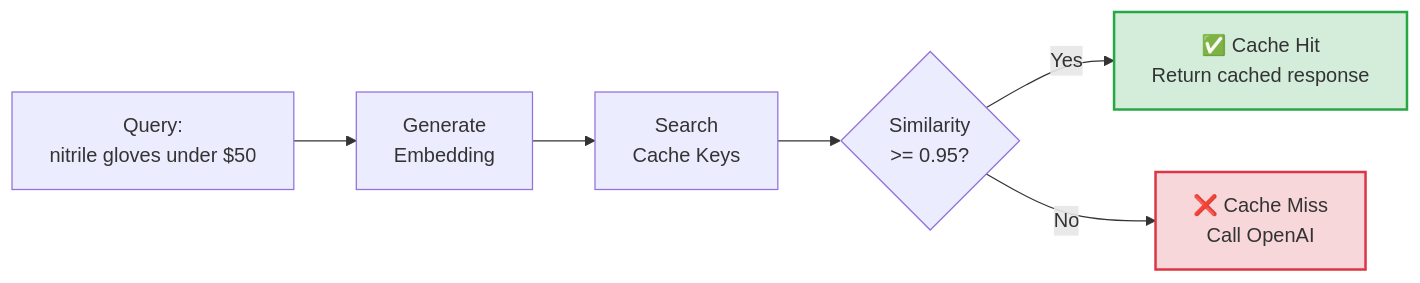
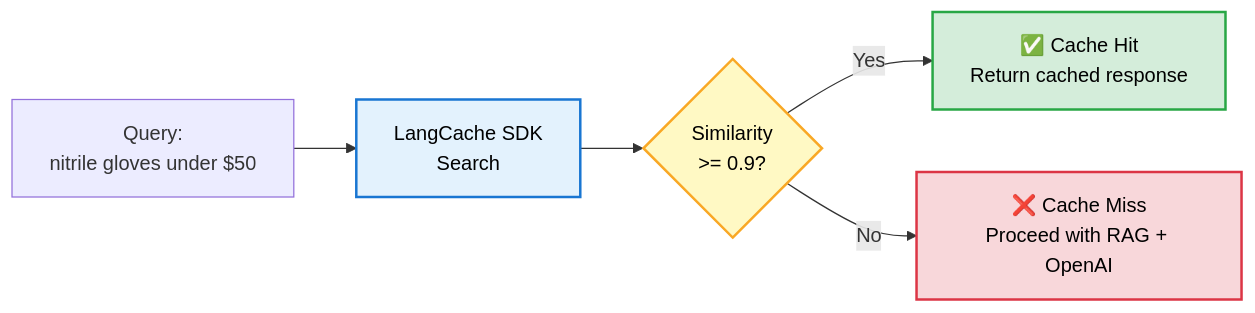
One commit to Bens-Organization/mercedes-nl-search changed the second of 2 diagrams in docs/REDIS_CACHE_IMPLEMENTATION.md. Above: the diagram before and after it, drawn with Mermaid. The commit also changed other lines of this file and 2 other files, not shown here.

First line of the commit message:
docs: update all documentation for Redis LangCache SDK integration

````diff
--- a/docs/REDIS_CACHE_IMPLEMENTATION.md
+++ b/docs/REDIS_CACHE_IMPLEMENTATION.md
@@ -69,18 +83,18 @@
 ```mermaid
 flowchart LR
     A["Query:<br/>nitrile gloves under $50"]
-    B["Generate<br/>Embedding"]
-    C["Search<br/>Cache Keys"]
-    D{"Similarity<br/>>= 0.95?"}
-    E["✅ Cache Hit<br/>Return cached response"]
-    F["❌ Cache Miss<br/>Call OpenAI"]
+    B["LangCache SDK<br/>Search"]
+    C{"Similarity<br/>>= 0.9?"}
+    D["✅ Cache Hit<br/>Return cached response"]
+    E["❌ Cache Miss<br/>Proceed with RAG + OpenAI"]
 
     A --> B
     B --> C
-    C --> D
-    D -->|Yes| E
-    D -->|No| F
+    C -->|Yes| D
+    C -->|No| E
 
-    style E fill:#d4edda,stroke:#28a745,stroke-width:2px
-    style F fill:#f8d7da,stroke:#dc3545,stroke-width:2px
+    style B fill:#e3f2fd,stroke:#1976d2,stroke-width:2px,color:#000
+    style C fill:#fff9c4,stroke:#f9a825,stroke-width:2px,color:#000
+    style D fill:#d4edda,stroke:#28a745,stroke-width:2px,color:#000
+    style E fill:#f8d7da,stroke:#dc3545,stroke-width:2px,color:#000
 ```
````
